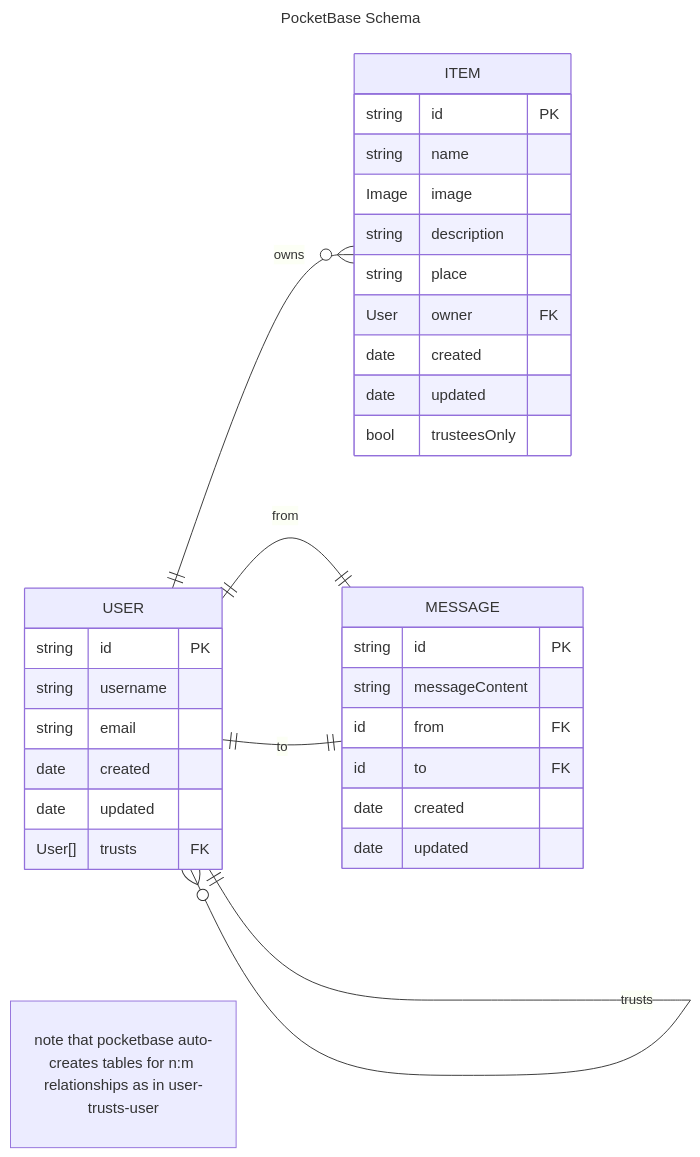
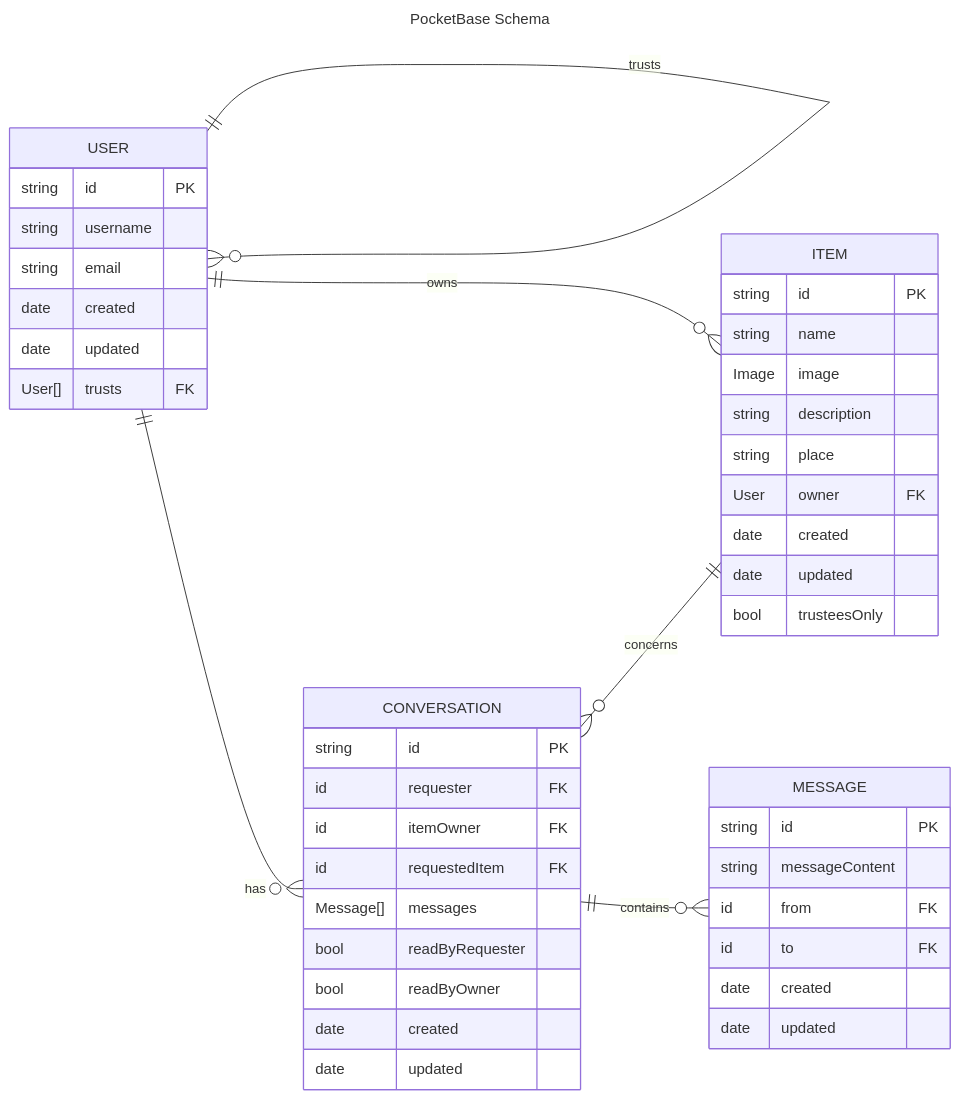
The diagram in docs/data-model.md (share-open-sharing-infrastructure/share-mvp), drawn with Mermaid before and after one commit. The commit also changed 20 other files, not shown here.

````diff
--- a/docs/data-model.md
+++ b/docs/data-model.md
@@ -7,44 +7,59 @@
 ```mermaid
 ---
 title: PocketBase Schema
 ---
 erDiagram
     direction LR
+
     USER{
         string id PK
         string username
         string email
         date created
         date updated
         User[] trusts FK
     }
+    
     USER 1 to zero or more USER: "trusts"
-    "note that pocketbase auto-creates tables for n:m relationships as in user-trusts-user"
 
     ITEM{
         string id PK
         string name
         Image image
         string description
         string place
         User owner FK
         date created
         date updated
         bool trusteesOnly
     }
 
     USER 1 to zero or more ITEM: owns
 
+    CONVERSATION{
+        string id PK
+        id requester FK
+        id itemOwner FK
+        id requestedItem FK
+        Message[] messages
+        bool readByRequester
+        bool readByOwner
+        date created
+        date updated
+    }
+
+    USER 1 to zero or more CONVERSATION: has
+    CONVERSATION zero or more to 1 ITEM: concerns
+
     MESSAGE{
         string id PK
         string messageContent
         id from FK
         id to FK
         date created
         date updated
     }
-
-    USER 1 to 1 MESSAGE: "from"
-    USER 1 to 1 MESSAGE: "to"
+    
+    CONVERSATION 1 to zero or more MESSAGE: contains
 
 ```
````
